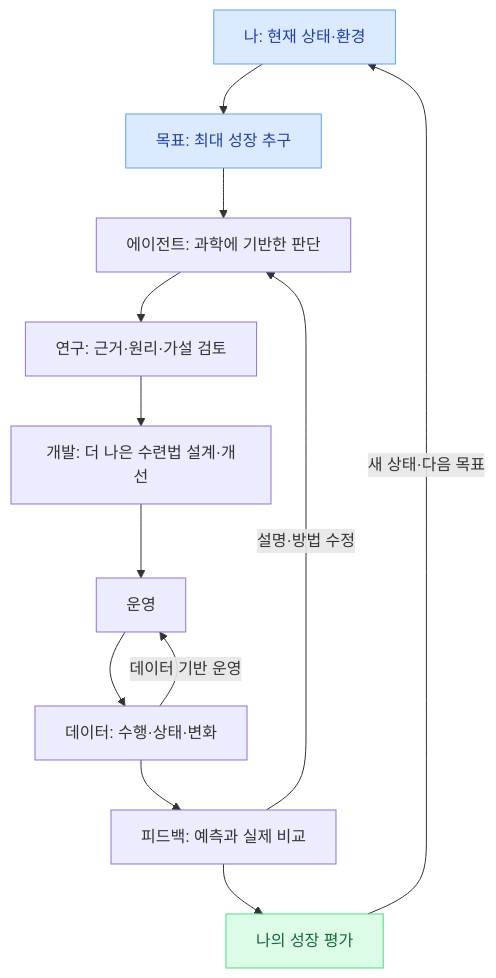
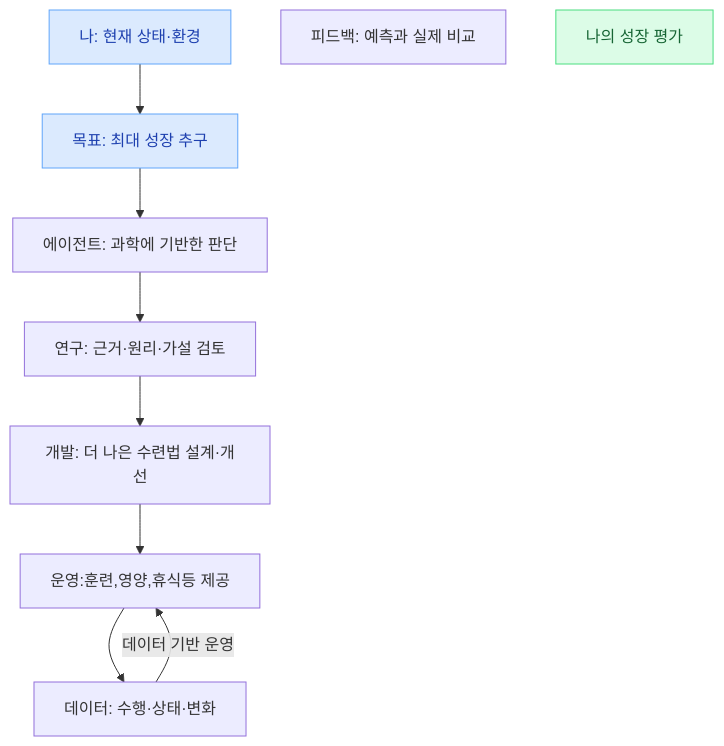
The first of 8 diagrams in docs/SPECIFICATION.md (Rmayana/frontier-research-harness), drawn with Mermaid before and after one commit.

````diff
--- a/docs/SPECIFICATION.md
+++ b/docs/SPECIFICATION.md
@@ -58,21 +58,20 @@
 ```mermaid
 flowchart TD
     A["나: 현재 상태·환경"]
     B["목표: 최대 성장 추구"]
     C["에이전트: 과학에 기반한 판단"]
     D["연구: 근거·원리·가설 검토"]
     E["개발: 더 나은 수련법 설계·개선"]
-    F["운영"]
+    F["운영:훈련,영양,휴식등 제공"]
     G["데이터: 수행·상태·변화"]
     H["피드백: 예측과 실제 비교"]
     I["나의 성장 평가"]
 
-    A --> B --> C --> D --> E --> F --> G --> H --> I
-    H -->|"설명·방법 수정"| C
-    I -->|"새 상태·다음 목표"| A
+    A --> B --> C --> D --> E --> F --> G 
+   
     G -->|"데이터 기반 운영"| F
 
     style A fill:#dbeafe,color:#1e40af,stroke:#60a5fa
     style B fill:#dbeafe,color:#1e40af,stroke:#60a5fa
     style I fill:#dcfce7,color:#166534,stroke:#4ade80
 ```
````
